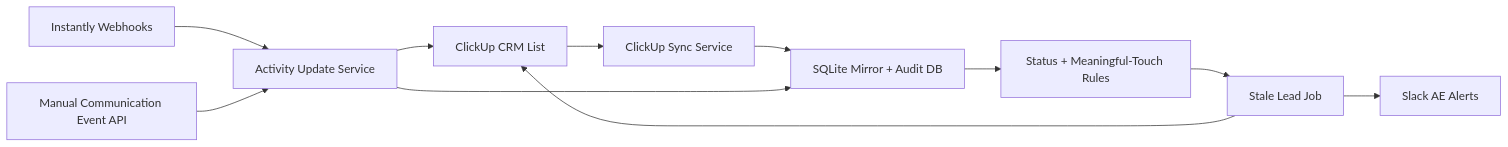
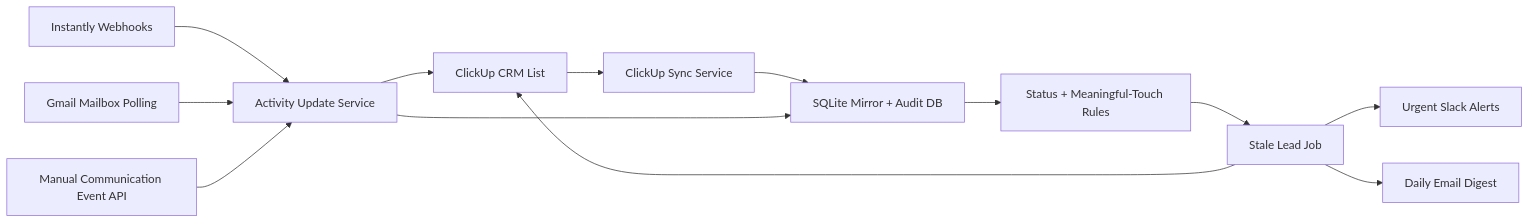
The diagram in sales_support_agent/README.md (david-anata/Lead-scraper), drawn with Mermaid before and after one commit. The commit also changed other lines of this file and 20 other files, not shown here.

Commit message:
Expand SDR support messaging and Gmail digest intake

````diff
--- a/sales_support_agent/README.md
+++ b/sales_support_agent/README.md
@@ -152,13 +189,15 @@
 ```mermaid
 flowchart LR
     ClickUp["ClickUp CRM List"] --> Sync["ClickUp Sync Service"]
     Sync --> Mirror["SQLite Mirror + Audit DB"]
     Instantly["Instantly Webhooks"] --> Updates["Activity Update Service"]
+    Gmail["Gmail Mailbox Polling"] --> Updates
     Events["Manual Communication Event API"] --> Updates
     Updates --> ClickUp
     Updates --> Mirror
     Mirror --> Rules["Status + Meaningful-Touch Rules"]
     Rules --> Job["Stale Lead Job"]
-    Job --> Slack["Slack AE Alerts"]
+    Job --> Slack["Urgent Slack Alerts"]
+    Job --> Digest["Daily Email Digest"]
     Job --> ClickUp
 ```
````
